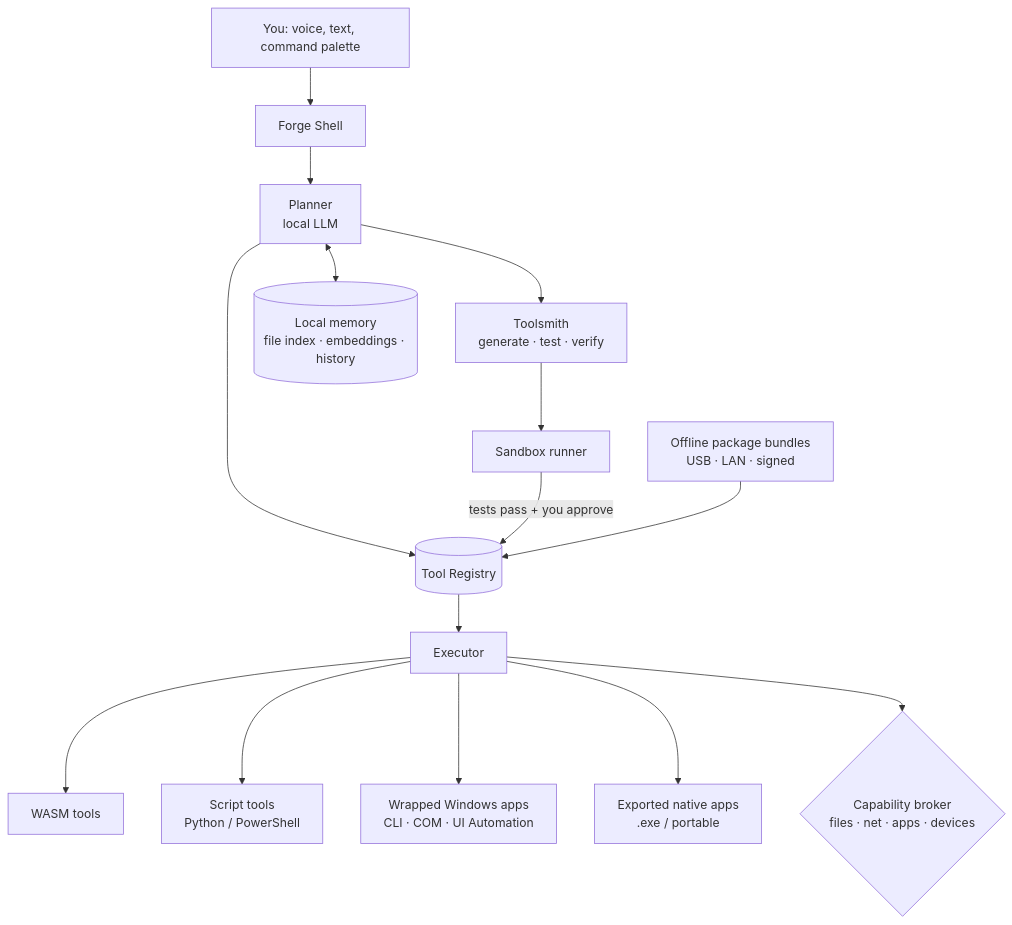
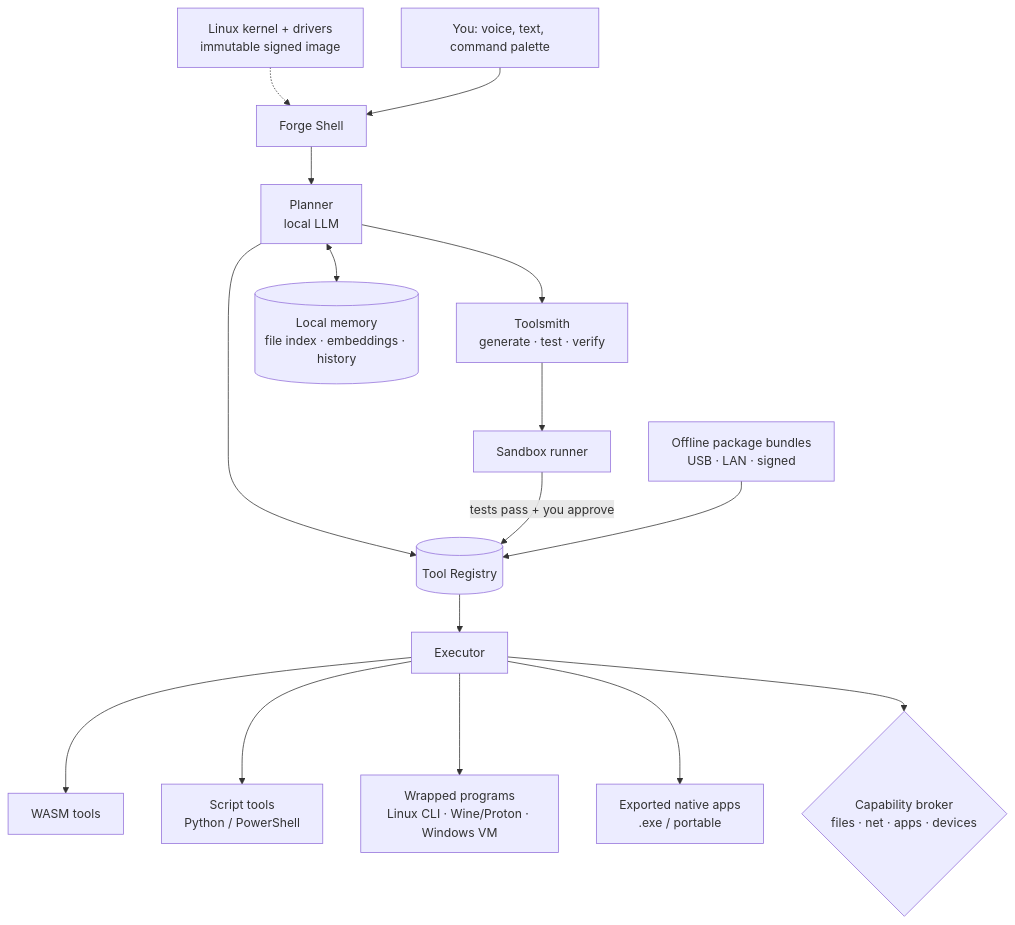
The diagram in concepts/offline-ai-os/README.md (Abhilien/Abhilien), drawn with Mermaid before and after one commit. The commit also changed other lines of this file, not shown here.

First line of the commit message:
Make Forge an independent OS rather than a Windows layer

````diff
--- a/concepts/offline-ai-os/README.md
+++ b/concepts/offline-ai-os/README.md
@@ -37,17 +52,18 @@
 ```mermaid
 flowchart TB
+    HW[Linux kernel + drivers<br/>immutable signed image] -.-> S
     U[You: voice, text, command palette] --> S[Forge Shell]
     S --> P[Planner<br/>local LLM]
     P --> R[(Tool Registry)]
     P --> T[Toolsmith<br/>generate · test · verify]
     T --> SB[Sandbox runner]
     SB -->|tests pass + you approve| R
     R --> X[Executor]
     X --> W1[WASM tools]
     X --> W2[Script tools<br/>Python / PowerShell]
-    X --> W3[Wrapped Windows apps<br/>CLI · COM · UI Automation]
+    X --> W3[Wrapped programs<br/>Linux CLI · Wine/Proton · Windows VM]
     X --> W4[Exported native apps<br/>.exe / portable]
     X --> CAP{Capability broker<br/>files · net · apps · devices}
     P <--> M[(Local memory<br/>file index · embeddings · history)]
     PK[Offline package bundles<br/>USB · LAN · signed] --> R
 ```
````
